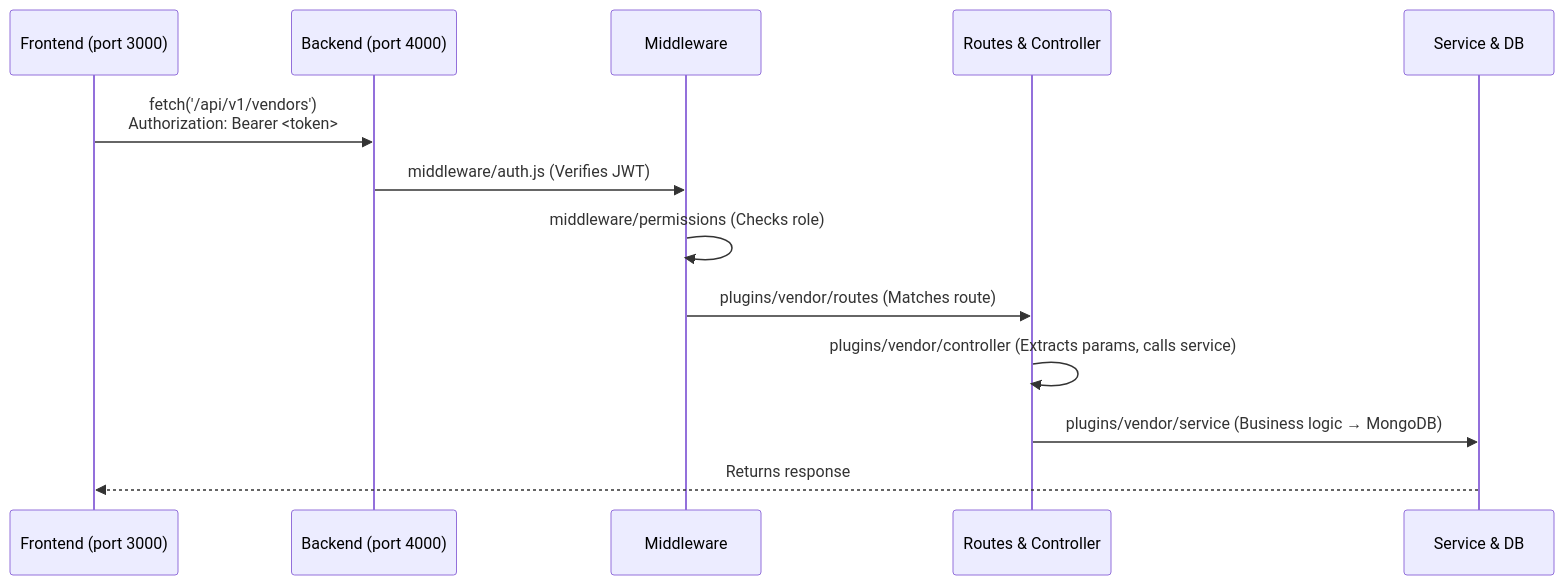
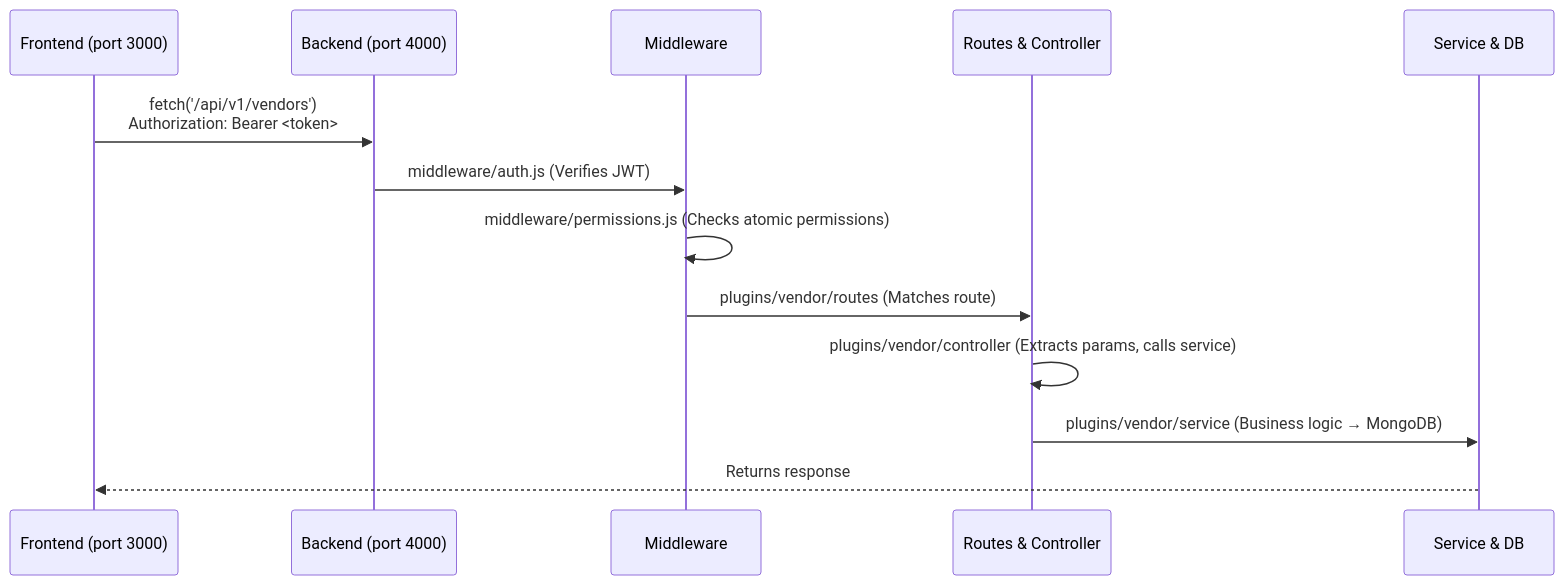
Before and after one commit to NITRR-Official/CampusOS: the diagram in docs/getting-started/DEVELOPER_ONBOARDING.md, drawn with Mermaid. The commit also changed other lines of this file and 23 other files, not shown here.

First line of the commit message:
docs: audit and update documentation for new architecture

````diff
--- a/docs/getting-started/DEVELOPER_ONBOARDING.md
+++ b/docs/getting-started/DEVELOPER_ONBOARDING.md
@@ -119,16 +124,16 @@
 ```mermaid
 sequenceDiagram
     participant F as Frontend (port 3000)
     participant B as Backend (port 4000)
     participant M as Middleware
     participant R as Routes & Controller
     participant S as Service & DB
 
     F->>B: fetch('/api/v1/vendors')<br/>Authorization: Bearer <token>
     B->>M: middleware/auth.js (Verifies JWT)
-    M->>M: middleware/permissions (Checks role)
+    M->>M: middleware/permissions.js (Checks atomic permissions)
     M->>R: plugins/vendor/routes (Matches route)
     R->>R: plugins/vendor/controller (Extracts params, calls service)
     R->>S: plugins/vendor/service (Business logic → MongoDB)
     S-->>F: Returns response
 ```
````
